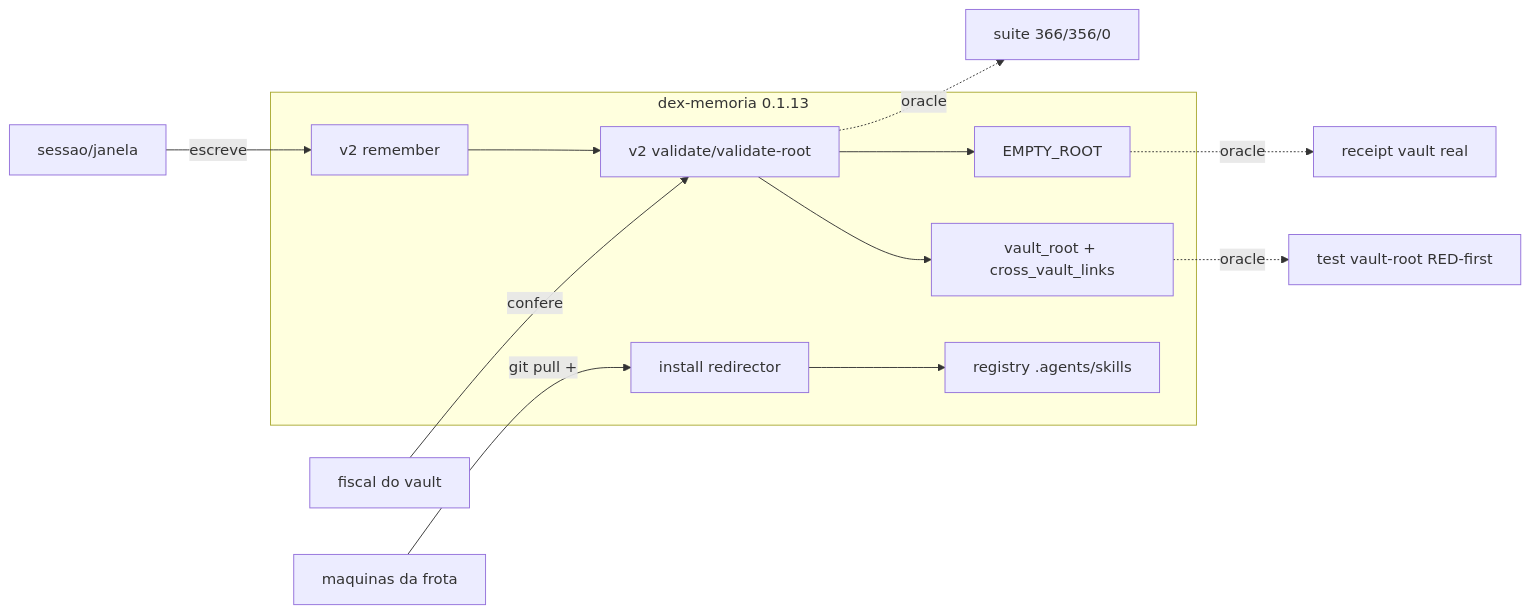
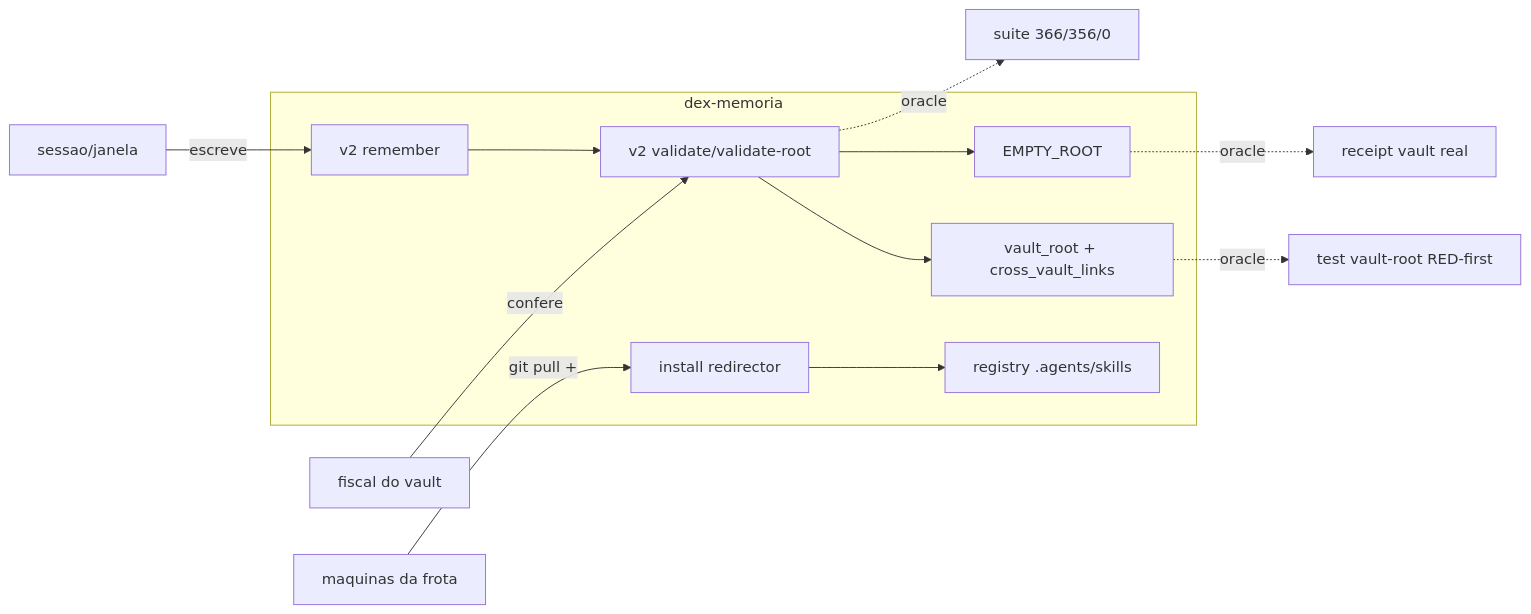
Before and after one commit to dex-agent/dex-memoria: the diagram in CAPACITY.md, drawn with Mermaid. The commit also changed 8 other files, not shown here.

````diff
--- a/CAPACITY.md
+++ b/CAPACITY.md
@@ -35,15 +35,15 @@
 ```mermaid
 flowchart LR
-  subgraph pacote[dex-memoria 0.1.13]
+  subgraph pacote[dex-memoria]
     REM[v2 remember] --> VAL[v2 validate/validate-root]
     VAL --> VR[vault_root + cross_vault_links]
     VAL --> ER[EMPTY_ROOT]
     INS[install redirector] --> REG[registry .agents/skills]
   end
   SESS[sessao/janela] -->|escreve| REM
   FISC[fiscal do vault] -->|confere| VAL
   FROTA[maquinas da frota] -->|git pull +| INS
   VAL -.->|oracle| TEST[suite 366/356/0]
   VR -.->|oracle| VRT[test vault-root RED-first]
   ER -.->|oracle| REAL[receipt vault real]
 ```
````
